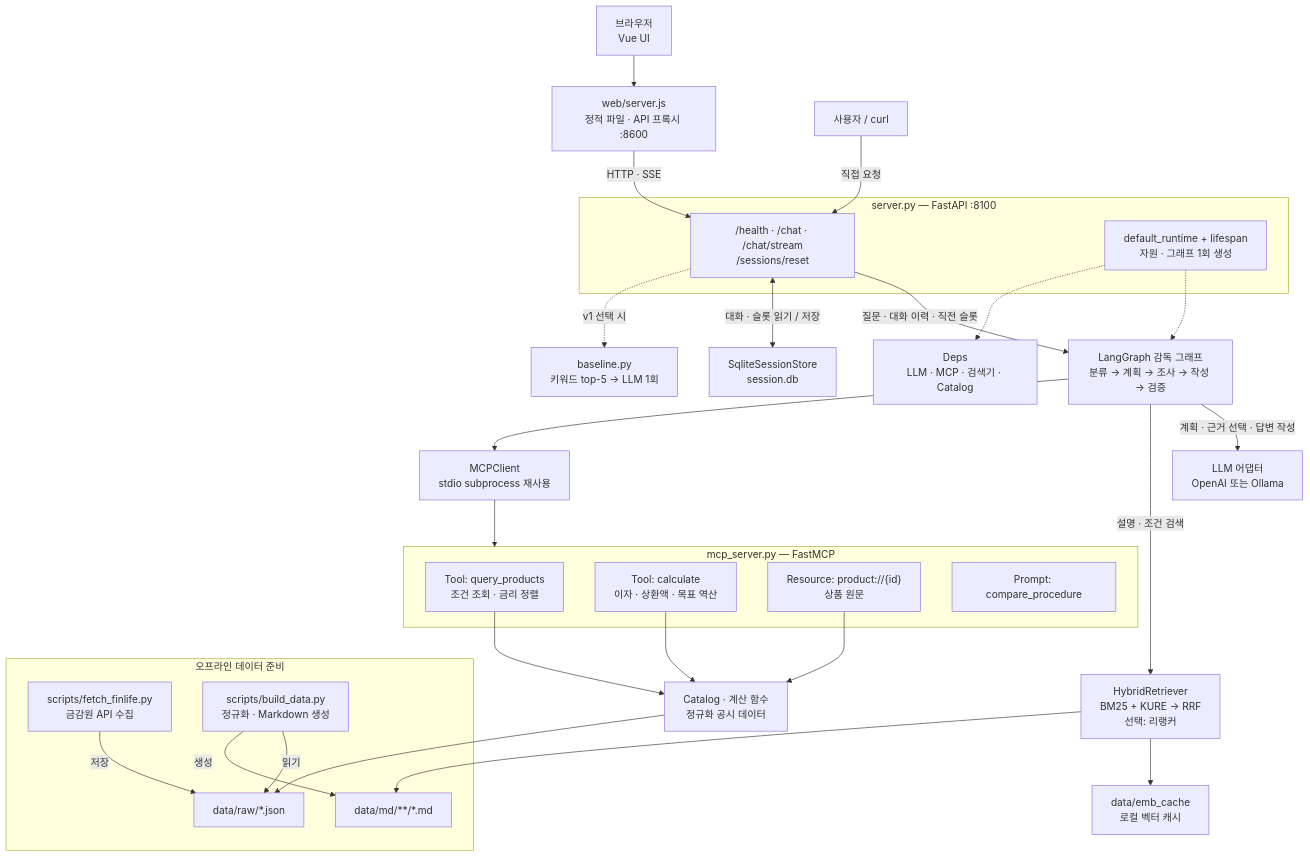
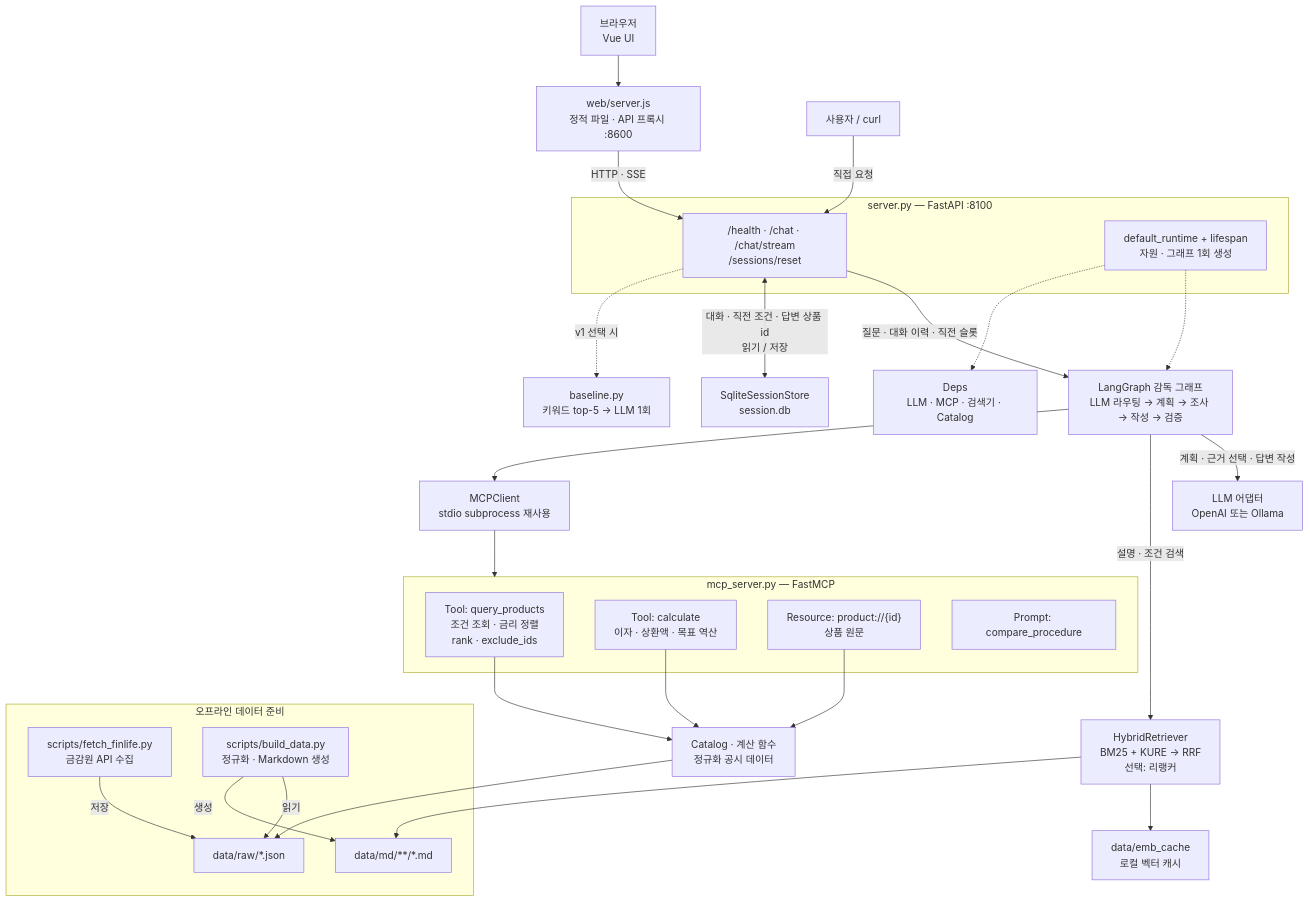
One commit to seoung-mun/skala-ai-mini changed the first of 2 diagrams in README.md. Above: the diagram before and after it, drawn with Mermaid. The commit also changed other lines of this file, not shown here.

Commit message:
docs: README에 LLM 라우팅·워크플로 분리·실사용 시나리오·한계 반영

````diff
--- a/README.md
+++ b/README.md
@@ -112,49 +114,49 @@
 ```mermaid
 flowchart TB
     Browser["브라우저<br/>Vue UI"] --> Web["web/server.js<br/>정적 파일 · API 프록시 :8600"]
     User["사용자 / curl"] -->|"직접 요청"| API
     Web -->|"HTTP · SSE"| API
 
     subgraph Server["server.py — FastAPI :8100"]
         API["/health · /chat · /chat/stream<br/>/sessions/reset"]
         Runtime["default_runtime + lifespan<br/>자원 · 그래프 1회 생성"]
     end
 
     API -->|"질문 · 대화 이력 · 직전 슬롯"| Graph
-    API <-->|"대화 · 슬롯 읽기 / 저장"| Session["SqliteSessionStore<br/>session.db"]
+    API <-->|"대화 · 직전 조건 · 답변 상품 id<br/>읽기 / 저장"| Session["SqliteSessionStore<br/>session.db"]
 
-    Graph["LangGraph 감독 그래프<br/>분류 → 계획 → 조사 → 작성 → 검증"]
+    Graph["LangGraph 감독 그래프<br/>LLM 라우팅 → 계획 → 조사 → 작성 → 검증"]
 
     Runtime -.-> Graph
     Runtime -.-> Deps["Deps<br/>LLM · MCP · 검색기 · Catalog"]
 
     Graph -->|"계획 · 근거 선택 · 답변 작성"| LLM["LLM 어댑터<br/>OpenAI 또는 Ollama"]
     Graph -->|"설명 · 조건 검색"| Search["HybridRetriever<br/>BM25 + KURE → RRF<br/>선택: 리랭커"]
     Graph --> Client["MCPClient<br/>stdio subprocess 재사용"]
 
     Client --> MCP
 
     subgraph MCP["mcp_server.py — FastMCP"]
-        Query["Tool: query_products<br/>조건 조회 · 금리 정렬"]
+        Query["Tool: query_products<br/>조건 조회 · 금리 정렬<br/>rank · exclude_ids"]
         Calc["Tool: calculate<br/>이자 · 상환액 · 목표 역산"]
         Resource["Resource: product://{id}<br/>상품 원문"]
         Prompt["Prompt: compare_procedure"]
     end
 
     Query --> Catalog["Catalog · 계산 함수<br/>정규화 공시 데이터"]
     Calc --> Catalog
     Resource --> Catalog
     Catalog --> Raw["data/raw/*.json"]
     Search --> Docs["data/md/**/*.md"]
     Search --> Cache["data/emb_cache<br/>로컬 벡터 캐시"]
 
     subgraph Offline["오프라인 데이터 준비"]
         Fetch["scripts/fetch_finlife.py<br/>금감원 API 수집"]
         Build["scripts/build_data.py<br/>정규화 · Markdown 생성"]
         Fetch -->|"저장"| Raw
         Build -->|"읽기"| Raw
         Build -->|"생성"| Docs
     end
 
     API -. "v1 선택 시" .-> Baseline["baseline.py<br/>키워드 top-5 → LLM 1회"]
 ```
````
